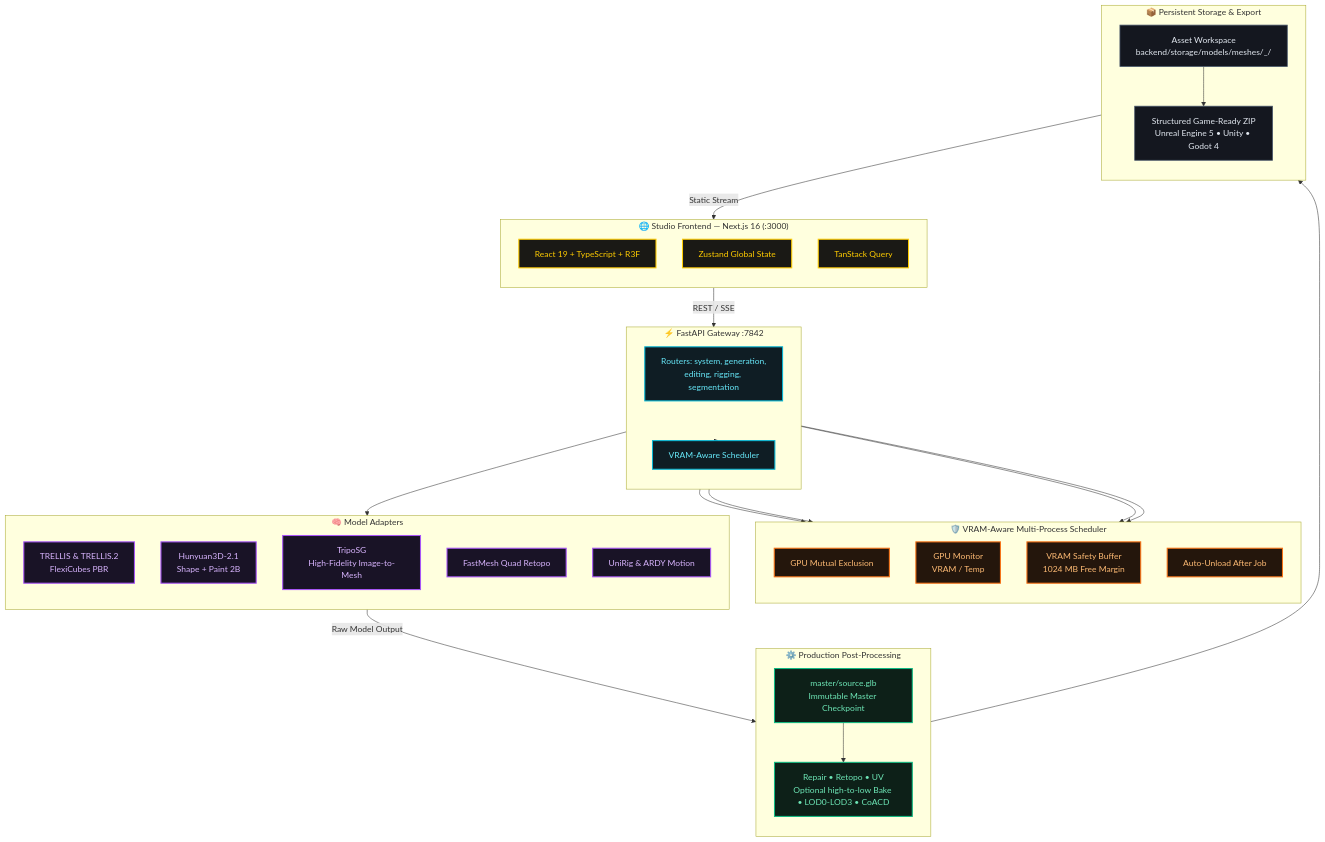
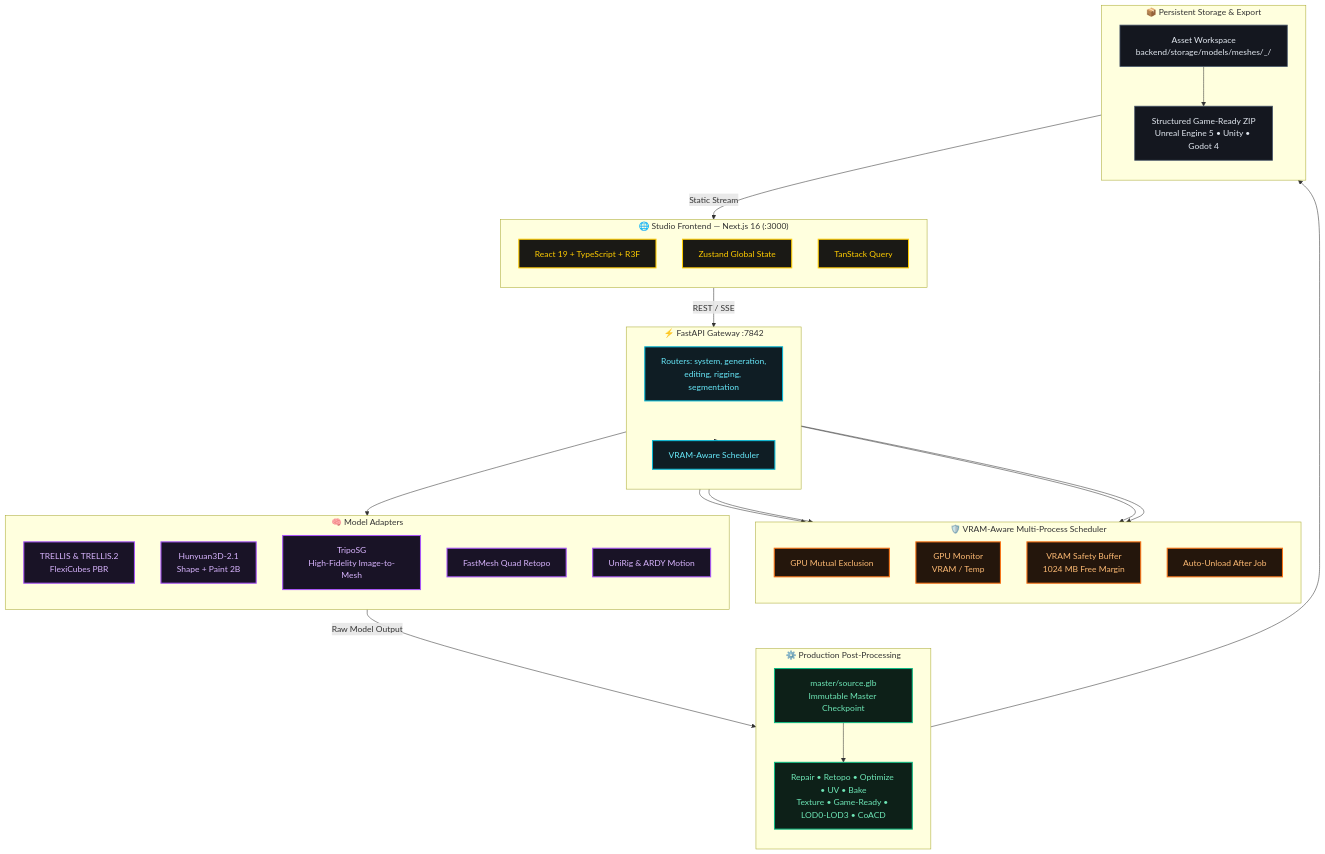
Before and after one commit to Silentzx2/ForMash3D: the first of 3 diagrams in Docs/SYSTEM-BLUEPRINT.md, drawn with Mermaid. The commit also changed other lines of this file and 27 other files, not shown here.

````diff
--- a/Docs/SYSTEM-BLUEPRINT.md
+++ b/Docs/SYSTEM-BLUEPRINT.md
@@ -60,64 +79,64 @@
 ```mermaid
 graph TD
     classDef gold fill:#1a1915,stroke:#ffcc00,stroke-width:2px,color:#ffcc00;
     classDef cyan fill:#0f1d24,stroke:#06b6d4,stroke-width:2px,color:#67e8f9;
     classDef purple fill:#191326,stroke:#a855f7,stroke-width:2px,color:#d8b4fe;
     classDef green fill:#0d2018,stroke:#10b981,stroke-width:2px,color:#6ee7b7;
     classDef orange fill:#24160c,stroke:#f97316,stroke-width:2px,color:#fdba74;
     classDef slate fill:#14171f,stroke:#475569,stroke-width:1.5px,color:#e2e8f0;
 
     subgraph Client["🌐 Studio Frontend — Next.js 16 (:3000)"]
         direction TB
         UI["React 19 + TypeScript + R3F"]:::gold
         STATE["Zustand Global State"]:::gold
         QUERY["TanStack Query"]:::gold
     end
 
     subgraph Gateway["⚡ FastAPI Gateway :7842"]
         direction TB
         API["Routers: system, generation,<br/>editing, rigging, segmentation"]:::cyan
         SCHED["VRAM-Aware Scheduler"]:::cyan
     end
 
     subgraph S["🛡️ VRAM-Aware Multi-Process Scheduler"]
         direction TB
         GPU_LOCK["GPU Mutual Exclusion"]:::orange
         MONITOR["GPU Monitor<br/>VRAM / Temp"]:::orange
         SAFETY["VRAM Safety Buffer<br/>1024 MB Free Margin"]:::orange
         AUTO_UNLOAD["Auto-Unload After Job"]:::orange
     end
 
     subgraph Adapters["🧠 Model Adapters"]
         direction TB
         TRELLIS["TRELLIS & TRELLIS.2<br/>FlexiCubes PBR"]:::purple
         HUNY["Hunyuan3D-2.1<br/>Shape + Paint 2B"]:::purple
         TRIPO["TripoSG<br/>High-Fidelity Image-to-Mesh"]:::purple
         FM["FastMesh Quad Retopo"]:::purple
         UR["UniRig & ARDY Motion"]:::purple
     end
 
     subgraph PostProcess["⚙️ Production Post-Processing"]
         direction TB
         CHECK["master/source.glb<br/>Immutable Master Checkpoint"]:::green
-        FINISH["Repair • Retopo • UV<br/>Optional high-to-low Bake • LOD0-LOD3 • CoACD"]:::green
+        FINISH["Repair • Retopo • Optimize • UV • Bake<br/>Texture • Game-Ready • LOD0-LOD3 • CoACD"]:::green
     end
 
     subgraph Storage["📦 Persistent Storage & Export"]
         direction TB
         LOCAL["Asset Workspace<br/>backend/storage/models/meshes/<asset>_<job_id>/"]:::slate
         ZIP["Structured Game-Ready ZIP<br/>Unreal Engine 5 • Unity • Godot 4"]:::slate
     end
 
     Client -- "REST / SSE" --> Gateway
     Gateway --> SCHED
     SCHED --> GPU_LOCK
     SCHED --> MONITOR
     SCHED --> SAFETY
     SCHED --> AUTO_UNLOAD
     SCHED --> Adapters
     Adapters -->|Raw Model Output| CHECK
     CHECK --> FINISH
     FINISH --> LOCAL
     LOCAL --> ZIP
     LOCAL -- "Static Stream" --> Client
 ```
````
